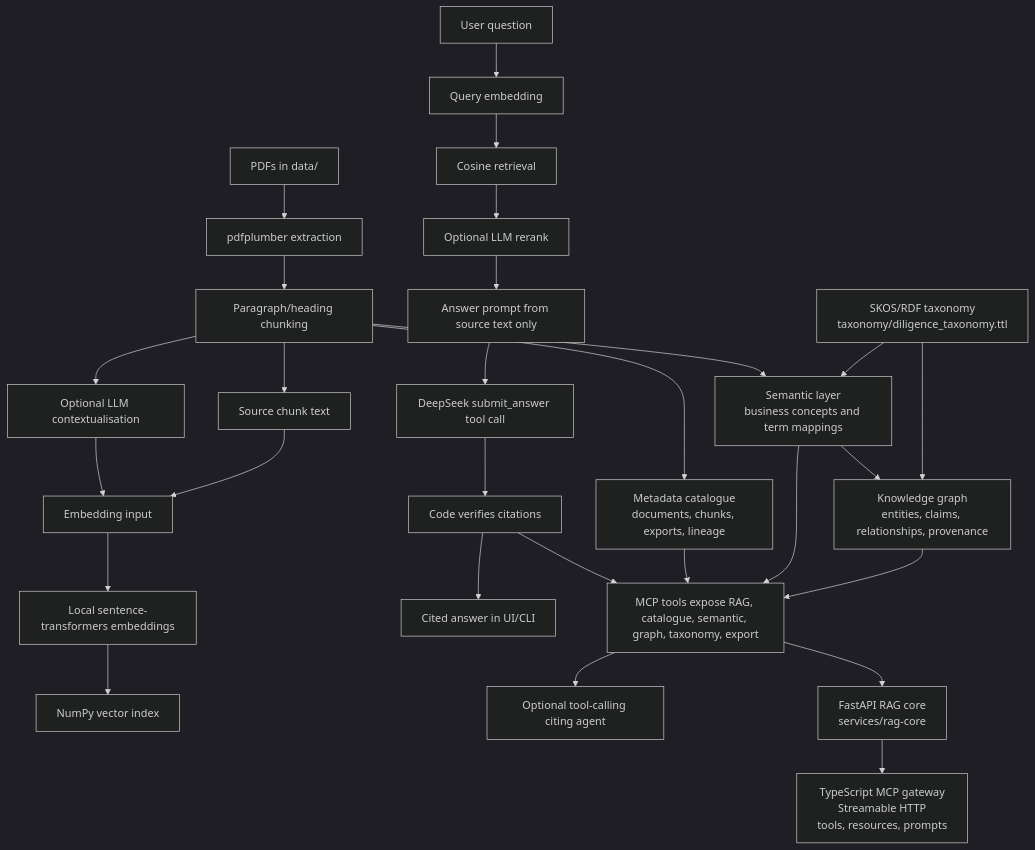
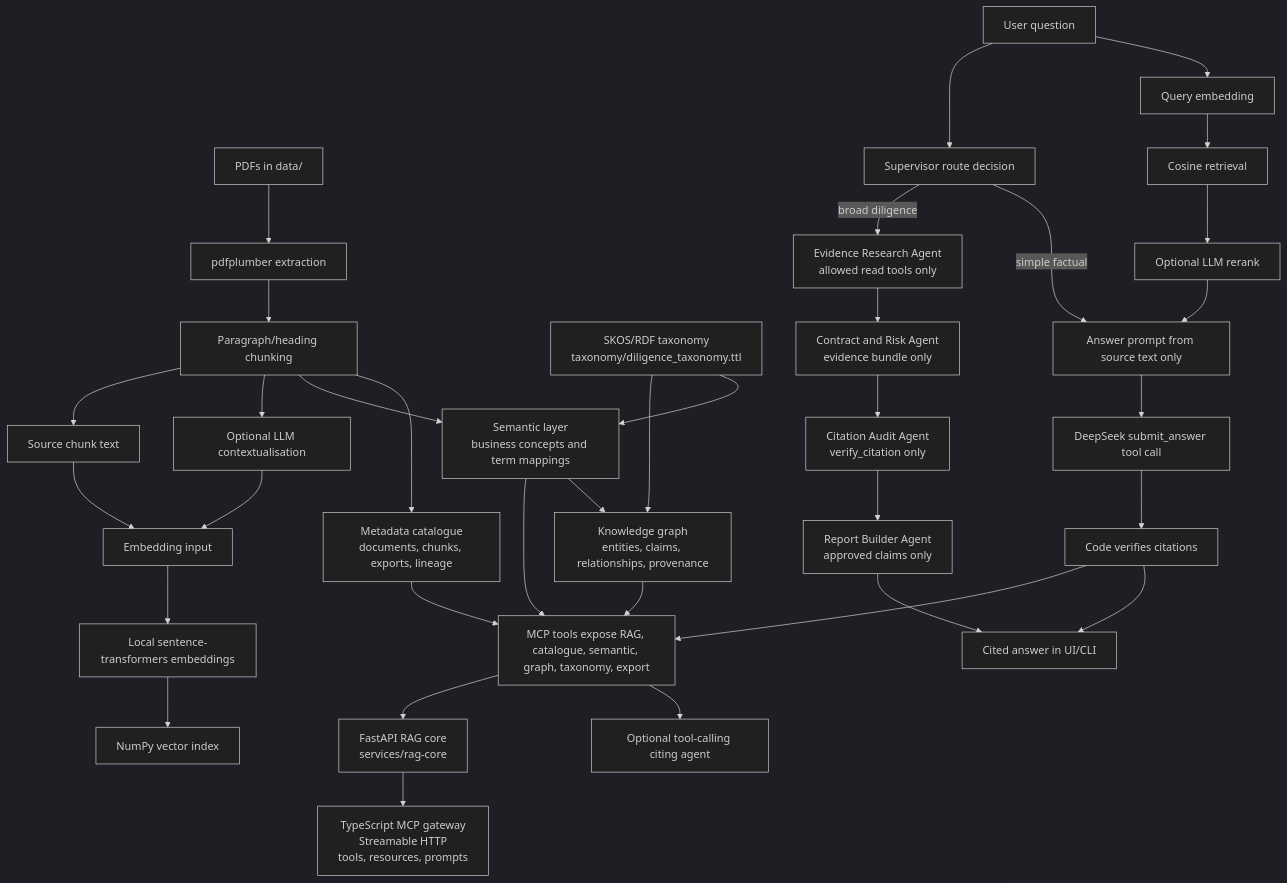
Before and after one commit to Lingtronics/data-room-cited: the diagram in README.md, drawn with Mermaid (dark theme). The commit also changed other lines of this file and 6 other files, not shown here.

Commit message:
Add multi-agent diligence workflow

````diff
--- a/README.md
+++ b/README.md
@@ -170,31 +180,39 @@
 ```mermaid
 flowchart TD
     A["PDFs in data/"] --> B["pdfplumber extraction"]
     B --> C["Paragraph/heading chunking"]
     C --> CATA["Metadata catalogue<br/>documents, chunks, exports, lineage"]
     C --> SEM["Semantic layer<br/>business concepts and term mappings"]
     SEM --> KG["Knowledge graph<br/>entities, claims, relationships, provenance"]
     TAX["SKOS/RDF taxonomy<br/>taxonomy/diligence_taxonomy.ttl"] --> SEM
     TAX --> KG
     C --> D["Optional LLM contextualisation"]
     C --> E["Source chunk text"]
     D --> F["Embedding input"]
     E --> F
     F --> G["Local sentence-transformers embeddings"]
     G --> H["NumPy vector index"]
 
     I["User question"] --> J["Query embedding"]
     J --> K["Cosine retrieval"]
     K --> L["Optional LLM rerank"]
     L --> M["Answer prompt from source text only"]
     M --> N["DeepSeek submit_answer tool call"]
     N --> O["Code verifies citations"]
     O --> P["Cited answer in UI/CLI"]
     O --> Q["MCP tools expose RAG, catalogue, semantic, graph, taxonomy, export"]
     CATA --> Q
     SEM --> Q
     KG --> Q
     Q --> R["Optional tool-calling citing agent"]
     Q --> API["FastAPI RAG core<br/>services/rag-core"]
     API --> TSMCP["TypeScript MCP gateway<br/>Streamable HTTP<br/>tools, resources, prompts"]
+
+    I --> SUP["Supervisor route decision"]
+    SUP -->|simple factual| M
+    SUP -->|broad diligence| EA["Evidence Research Agent<br/>allowed read tools only"]
+    EA --> RA["Contract and Risk Agent<br/>evidence bundle only"]
+    RA --> CA["Citation Audit Agent<br/>verify_citation only"]
+    CA --> RB["Report Builder Agent<br/>approved claims only"]
+    RB --> P
 ```
````
